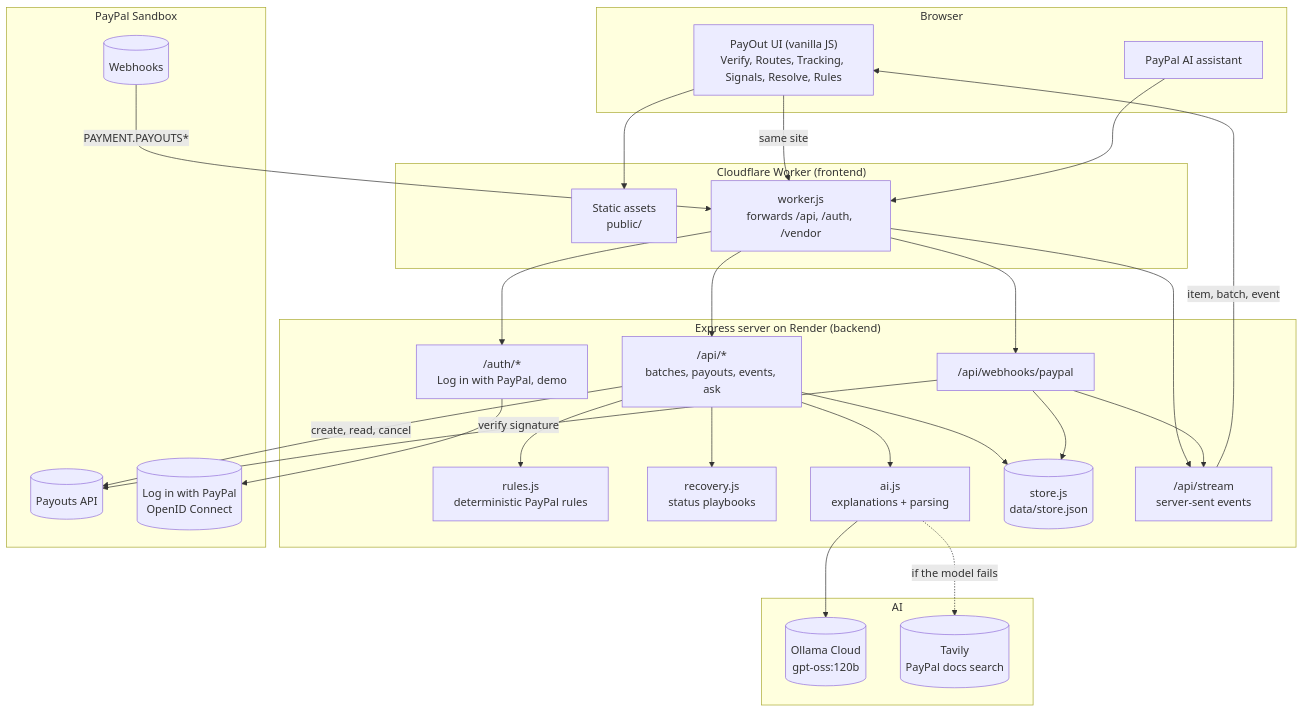
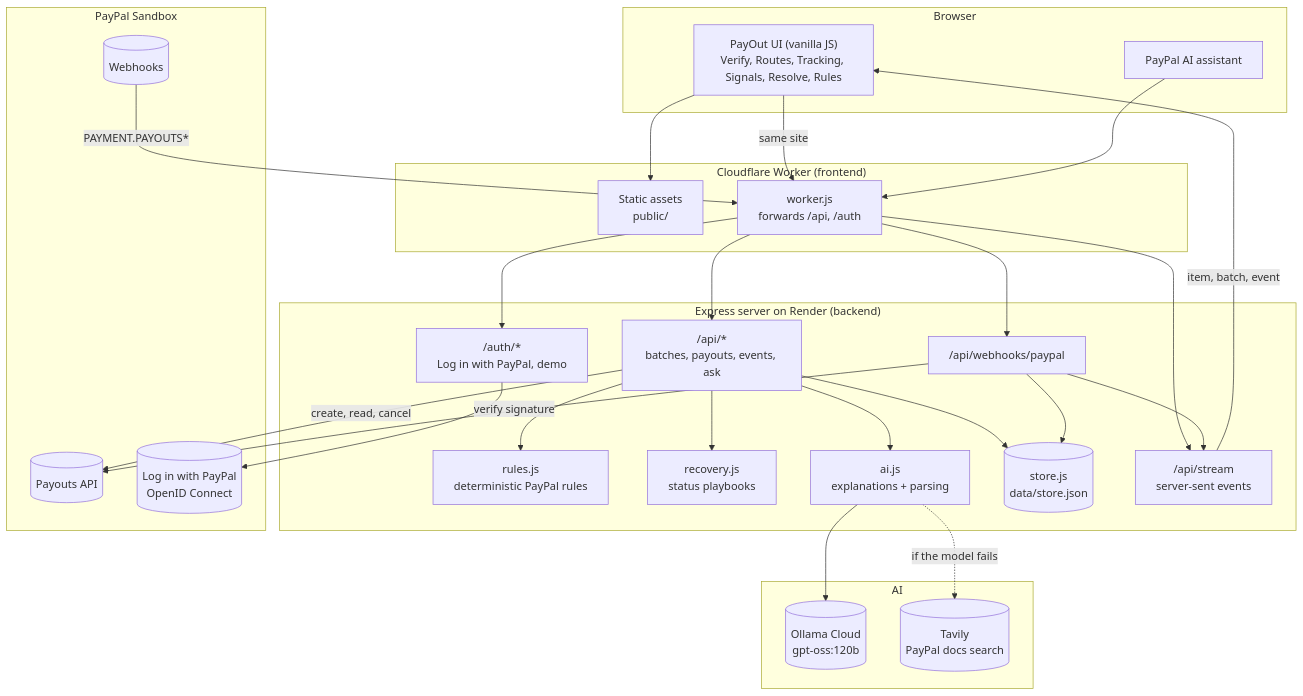
The first of 3 diagrams in README.md (mdharishsuhaib/PayOut), drawn with Mermaid before and after one commit. The commit also changed other lines of this file and 13 other files, not shown here.

````diff
--- a/README.md
+++ b/README.md
@@ -126,55 +151,55 @@
 ```mermaid
 flowchart TD
     subgraph Client["Browser"]
         UI["PayOut UI (vanilla JS)<br/>Verify, Routes, Tracking, Signals, Resolve, Rules"]
         AI["PayPal AI assistant"]
     end
 
     subgraph Edge["Cloudflare Worker (frontend)"]
         Assets["Static assets<br/>public/"]
-        Proxy["worker.js<br/>forwards /api, /auth, /vendor"]
+        Proxy["worker.js<br/>forwards /api, /auth"]
     end
 
     subgraph Server["Express server on Render (backend)"]
         Auth["/auth/*<br/>Log in with PayPal, demo"]
         API["/api/*<br/>batches, payouts, events, ask"]
         Hook["/api/webhooks/paypal"]
         Rules["rules.js<br/>deterministic PayPal rules"]
         Recovery["recovery.js<br/>status playbooks"]
         LLM["ai.js<br/>explanations + parsing"]
         Store[("store.js<br/>data/store.json")]
         SSE["/api/stream<br/>server-sent events"]
     end
 
     subgraph PayPal["PayPal Sandbox"]
         Payouts[("Payouts API")]
         Identity[("Log in with PayPal<br/>OpenID Connect")]
         Webhooks[("Webhooks")]
     end
 
     subgraph AIProviders["AI"]
         Ollama[("Ollama Cloud<br/>gpt-oss:120b")]
         Tavily[("Tavily<br/>PayPal docs search")]
     end
 
     UI --> Assets
     UI -- "same site" --> Proxy
     AI --> Proxy
     Proxy --> Auth
     Proxy --> API
     Proxy --> SSE
     API --> Rules
     API --> Recovery
     API --> LLM
     API --> Store
     API -- "create, read, cancel" --> Payouts
     Auth --> Identity
     Webhooks -- "PAYMENT.PAYOUTS*" --> Proxy
     Proxy --> Hook
     Hook -- "verify signature" --> Payouts
     Hook --> Store
     Hook --> SSE
     LLM --> Ollama
     LLM -. "if the model fails" .-> Tavily
     SSE -- "item, batch, event" --> UI
 ```
````
